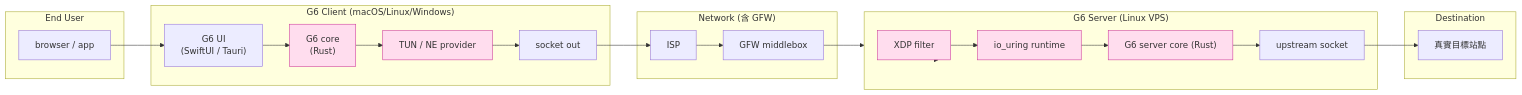
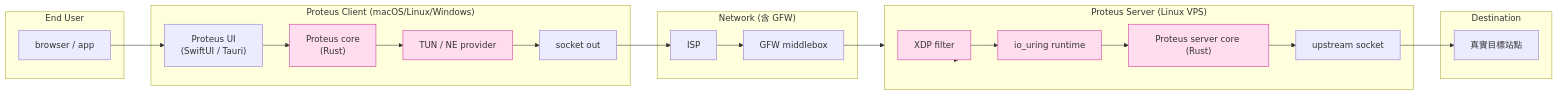
The fifth of 6 diagrams in lessons/part-2-high-perf-io/2.14-final-picture.md (Icarus603/network-from-scratch), drawn with Mermaid before and after one commit. The commit also changed other lines of this file and 300 other files, not shown here.

````diff
--- a/lessons/part-2-high-perf-io/2.14-final-picture.md
+++ b/lessons/part-2-high-perf-io/2.14-final-picture.md
@@ -193,41 +193,41 @@
 ```mermaid
 flowchart LR
     subgraph User["End User"]
         APP["browser / app"]
     end
-    subgraph Client["G6 Client (macOS/Linux/Windows)"]
-        UI["G6 UI<br/>(SwiftUI / Tauri)"]
-        CORE["G6 core<br/>(Rust)"]
+    subgraph Client["Proteus Client (macOS/Linux/Windows)"]
+        UI["Proteus UI<br/>(SwiftUI / Tauri)"]
+        CORE["Proteus core<br/>(Rust)"]
         TUNC["TUN / NE provider"]
         SOCK["socket out"]
     end
     subgraph Network["Network (含 GFW)"]
         ISP["ISP"]
         GFW["GFW middlebox"]
     end
-    subgraph Server["G6 Server (Linux VPS)"]
+    subgraph Server["Proteus Server (Linux VPS)"]
         XDP["XDP filter"]
         IOURING["io_uring runtime"]
-        SERVER_CORE["G6 server core (Rust)"]
+        SERVER_CORE["Proteus server core (Rust)"]
         OUT["upstream socket"]
     end
     subgraph Upstream["Destination"]
         REMOTE["真實目標站點"]
     end
 
     APP --> UI
     UI --> CORE
     CORE --> TUNC
     TUNC --> SOCK
     SOCK --> ISP
     ISP --> GFW
     GFW --> Server
     Server --> XDP
     XDP --> IOURING
     IOURING --> SERVER_CORE
     SERVER_CORE --> OUT
     OUT --> REMOTE
 
     classDef ours fill:#fde,stroke:#c39
     class CORE,TUNC,XDP,IOURING,SERVER_CORE ours
 ```
````
